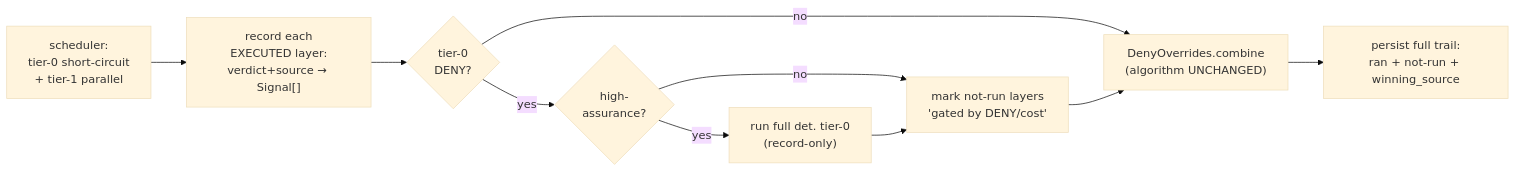
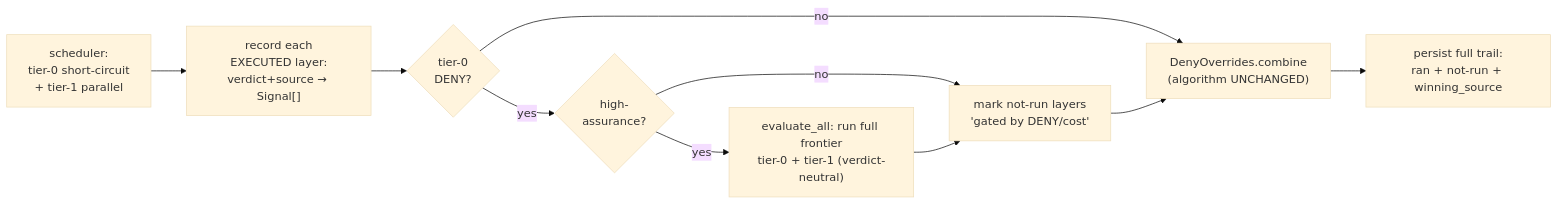
The fourth of 7 diagrams in hld/serverless-edition.md (shashank31mar/Sentra), drawn with Mermaid (base theme) before and after one commit. The commit also changed other lines of this file and 4 other files, not shown here.

````diff
--- a/hld/serverless-edition.md
+++ b/hld/serverless-edition.md
@@ -347,10 +347,10 @@
 ```mermaid
 flowchart LR
   S["scheduler:<br/>tier-0 short-circuit<br/>+ tier-1 parallel"] --> EXE["record each<br/>EXECUTED layer:<br/>verdict+source → Signal[]"]
   EXE --> DEC{"tier-0<br/>DENY?"}
   DEC -->|no| COMB["DenyOverrides.combine<br/>(algorithm UNCHANGED)"]
   DEC -->|yes| MODE{"high-<br/>assurance?"}
   MODE -->|no| MARK["mark not-run layers<br/>'gated by DENY/cost'"]
-  MODE -->|yes| FULL["run full det. tier-0<br/>(record-only)"] --> MARK
+  MODE -->|yes| FULL["evaluate_all: run full frontier<br/>tier-0 + tier-1 (verdict-neutral)"] --> MARK
   MARK --> COMB --> TR["persist full trail:<br/>ran + not-run + winning_source"]
 ```
````
